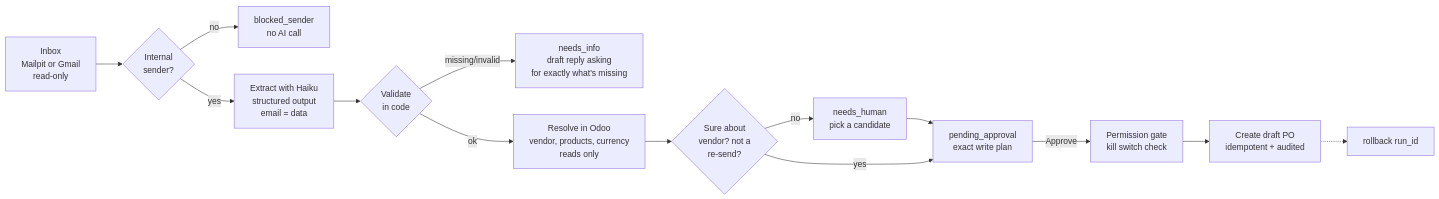
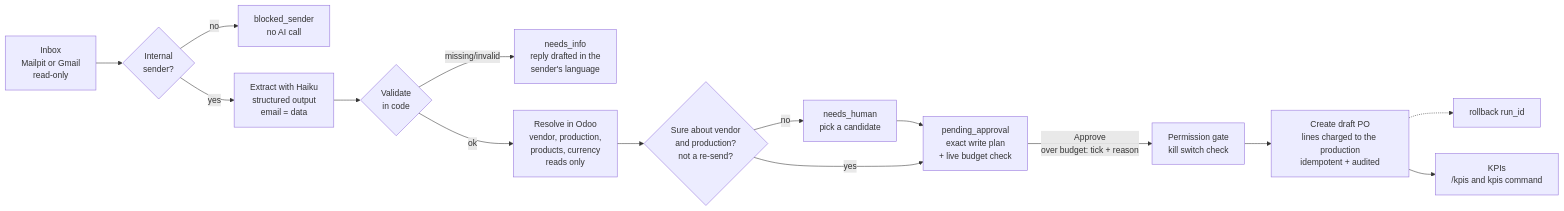
The diagram in odoo-request-agent/README.md (Ziad-Abdalla/media-ai-agents), drawn with Mermaid before and after one commit. The commit also changed other lines of this file and 6 other files, not shown here.

````diff
--- a/odoo-request-agent/README.md
+++ b/odoo-request-agent/README.md
@@ -18,16 +50,17 @@
 ```mermaid
 flowchart LR
     A[Inbox<br>Mailpit or Gmail<br>read-only] --> B{Internal<br>sender?}
     B -- no --> X[blocked_sender<br>no AI call]
     B -- yes --> C[Extract with Haiku<br>structured output<br>email = data]
     C --> D{Validate<br>in code}
-    D -- missing/invalid --> E[needs_info<br>draft reply asking<br>for exactly what's missing]
-    D -- ok --> F[Resolve in Odoo<br>vendor, products, currency<br>reads only]
-    F --> G{Sure about<br>vendor? not a<br>re-send?}
+    D -- missing/invalid --> E[needs_info<br>reply drafted in the<br>sender's language]
+    D -- ok --> F[Resolve in Odoo<br>vendor, production,<br>products, currency<br>reads only]
+    F --> G{Sure about vendor<br>and production?<br>not a re-send?}
     G -- no --> H[needs_human<br>pick a candidate]
     H --> I
-    G -- yes --> I[pending_approval<br>exact write plan]
-    I -- Approve --> J[Permission gate<br>kill switch check]
-    J --> K[Create draft PO<br>idempotent + audited]
+    G -- yes --> I[pending_approval<br>exact write plan<br>+ live budget check]
+    I -- Approve<br>over budget: tick + reason --> J[Permission gate<br>kill switch check]
+    J --> K[Create draft PO<br>lines charged to the production<br>idempotent + audited]
     K -.-> L[rollback run_id]
+    K --> M[KPIs<br>/kpis and kpis command]
 ```
````
